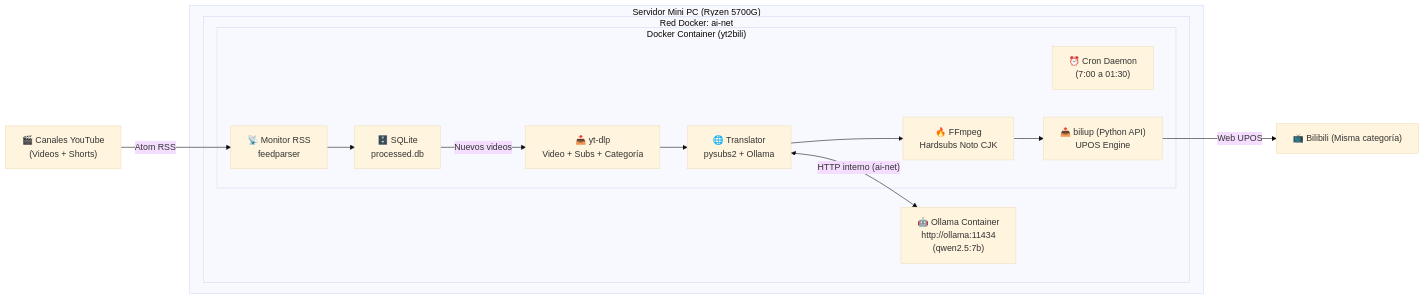
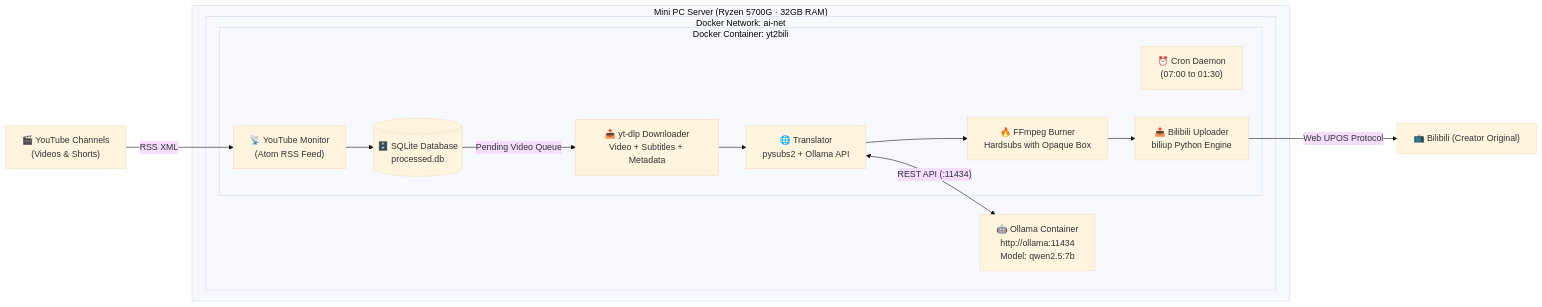
One commit to fernandor2/yt2bili changed the diagram in README.md. Above: the diagram before and after it, drawn with Mermaid (base theme). The commit also changed other lines of this file and 2 other files, not shown here.

````diff
--- a/README.md
+++ b/README.md
@@ -11,26 +57,27 @@
 ```mermaid
 flowchart LR
-    subgraph Host["Servidor Mini PC (Ryzen 5700G)"]
-        subgraph DockerNet["Red Docker: ai-net"]
-            Ollama["🤖 Ollama Container\nhttp://ollama:11434\n(qwen2.5:7b)"]
-            subgraph YT2BILI["Docker Container (yt2bili)"]
-                Cron["⏰ Cron Daemon\n(7:00 a 01:30)"]
-                Monitor["📡 Monitor RSS\nfeedparser"]
-                DB["🗄️ SQLite\nprocessed.db"]
-                DL["📥 yt-dlp\nVideo + Subs + Categoría"]
-                Trans["🌐 Translator\npysubs2 + Ollama"]
-                Burn["🔥 FFmpeg\nHardsubs Noto CJK"]
-                Upload["📤 biliup (Python API)\nUPOS Engine"]
+    subgraph Host["Mini PC Server (Ryzen 5700G · 32GB RAM)"]
+        subgraph DockerNet["Docker Network: ai-net"]
+            Ollama["🤖 Ollama Container\nhttp://ollama:11434\nModel: qwen2.5:7b"]
+            
+            subgraph YT2BILI["Docker Container: yt2bili"]
+                Cron["⏰ Cron Daemon\n(07:00 to 01:30)"]
+                Monitor["📡 YouTube Monitor\n(Atom RSS Feed)"]
+                DB[("🗄️ SQLite Database\nprocessed.db")]
+                DL["📥 yt-dlp Downloader\nVideo + Subtitles + Metadata"]
+                Trans["🌐 Translator\npysubs2 + Ollama API"]
+                Burn["🔥 FFmpeg Burner\nHardsubs with Opaque Box"]
+                Upload["📤 Bilibili Uploader\nbiliup Python Engine"]
             end
         end
     end
 
-    YT["🎬 Canales YouTube\n(Videos + Shorts)"] -->|"Atom RSS"| Monitor
+    YT["🎬 YouTube Channels\n(Videos & Shorts)"] -->|"RSS XML"| Monitor
     Monitor --> DB
-    DB -->|"Nuevos videos"| DL
+    DB -->|"Pending Video Queue"| DL
     DL --> Trans
-    Trans <-->|"HTTP interno (ai-net)"| Ollama
+    Trans <-->|"REST API (:11434)"| Ollama
     Trans --> Burn
     Burn --> Upload
-    Upload -->|"Web UPOS"| Bili["📺 Bilibili (Misma categoría)"]
+    Upload -->|"Web UPOS Protocol"| Bili["📺 Bilibili (Creator Original)"]
 ```
````
